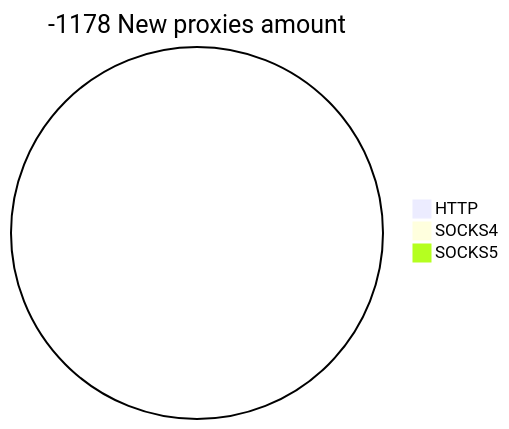
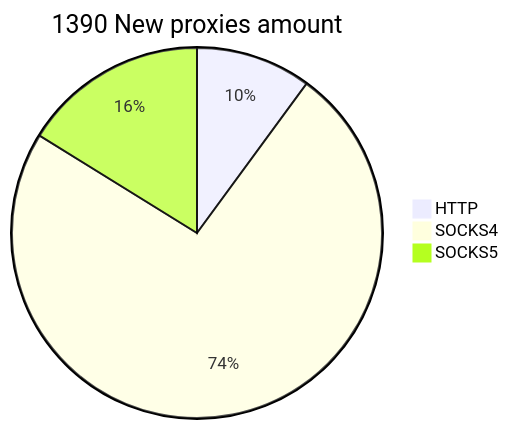
The second of 2 diagrams in README.md (cutipu/proxylist), drawn with Mermaid before and after one commit. The commit also changed other lines of this file, not shown here.

````diff
--- a/README.md
+++ b/README.md
@@ -10,6 +10,6 @@
 ```mermaid
-pie title -1178 New proxies amount
-    "HTTP" : 0
-    "SOCKS4" : 0
-    "SOCKS5" : 0
+pie title 1390 New proxies amount
+    "HTTP" : 140
+    "SOCKS4" : 1025
+    "SOCKS5" : 225
 ```
````
